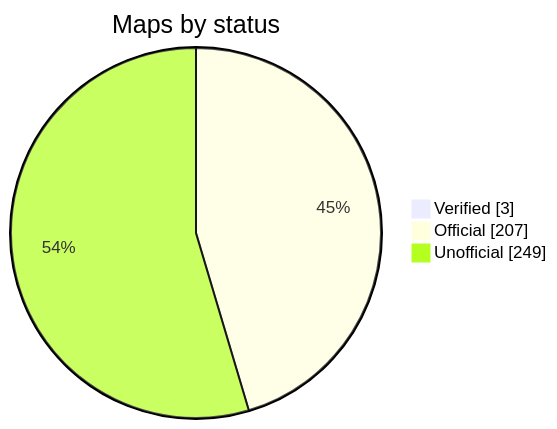
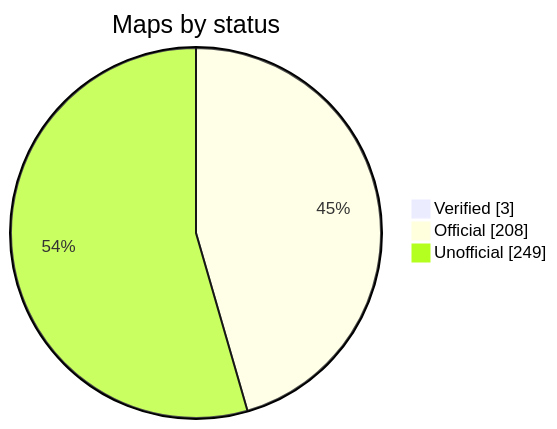
The diagram in README.md (nobrega8/mbmap-library), drawn with Mermaid before and after one commit. The commit also changed 2 other files, not shown here.

Commit message:
Add Fuji Electric FRENIC Mini/Eco/Multi/MEGA RS-485

````diff
--- a/README.md
+++ b/README.md
@@ -48,7 +48,7 @@
 ```mermaid
 pie showData
     title Maps by status
     "Verified" : 3
-    "Official" : 207
+    "Official" : 208
     "Unofficial" : 249
 ```
````
